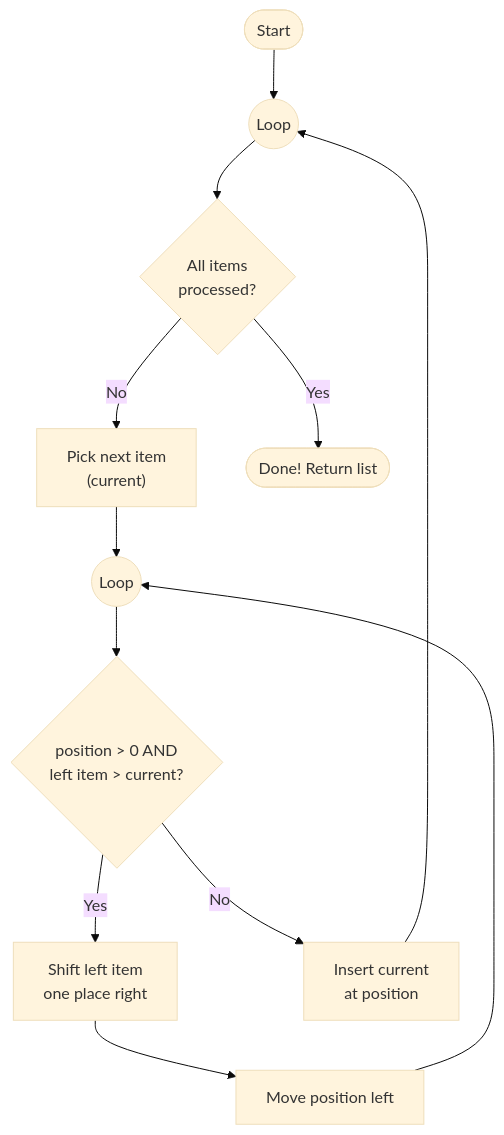
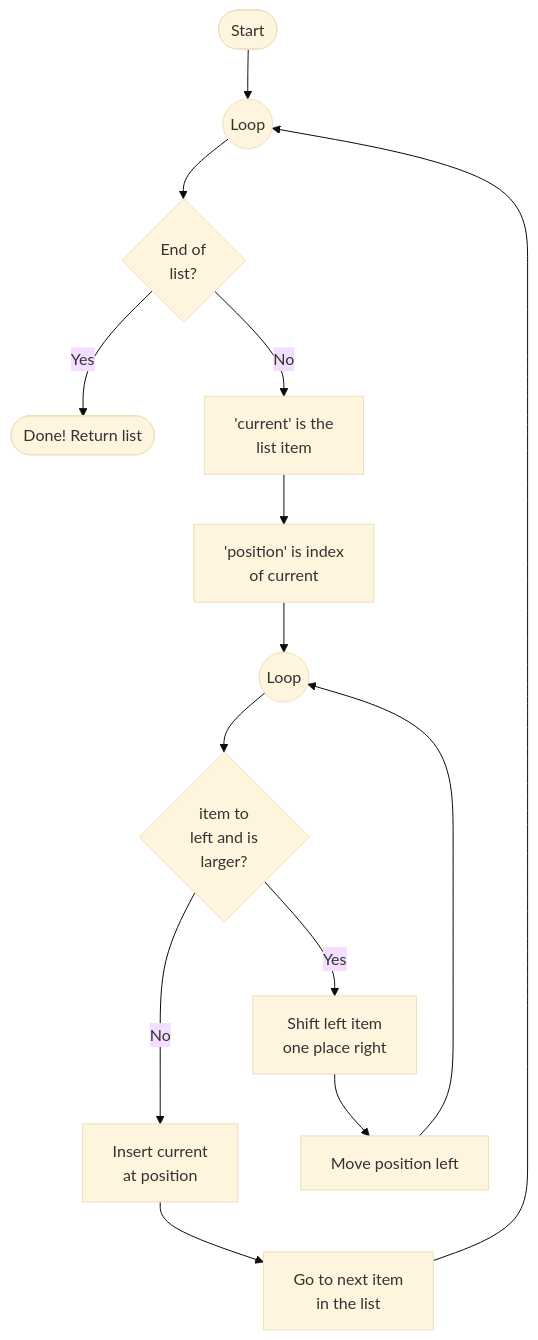
Before and after one commit to waimea-dt/how-do-i: the second of 4 diagrams in docs/programming/algorithms/sorting.md, drawn with Mermaid (base theme). The commit also changed other lines of this file and 5 other files, not shown here.

````diff
--- a/docs/programming/algorithms/sorting.md
+++ b/docs/programming/algorithms/sorting.md
@@ -139,21 +143,23 @@
 ```mermaid
 flowchart TD
     %% Define nodes
     start([Start])
     outer((Loop))
-    pick["Pick next item<br>(current)"]
-    atEnd{"All items<br>processed?"}
+    current["'current' is the<br>list item"]
+    position["'position' is index<br>of current"]
+    atEnd{"End of<br>list?"}
     inner((Loop))
-    check{"position > 0 AND<br>left item > current?"}
+    itemLeft{"item to<br>left and is<br>larger?"}
     shift["Shift left item<br>one place right"]
     moveLeft["Move position left"]
     insert["Insert current<br>at position"]
+    next["Go to next item<br>in the list"]
     done(["Done! Return list"])
 
     %% Define links
     start --> outer --> atEnd
     atEnd -- Yes --> done
-    atEnd -- No --> pick --> inner --> check
-    check -- Yes --> shift --> moveLeft --> inner
-    check -- No --> insert --> outer
+    atEnd -- No --> current --> position --> inner --> itemLeft
+    itemLeft -- No ---> insert --> next --> outer
+    itemLeft -- Yes --> shift --> moveLeft --> inner
 ```
````
